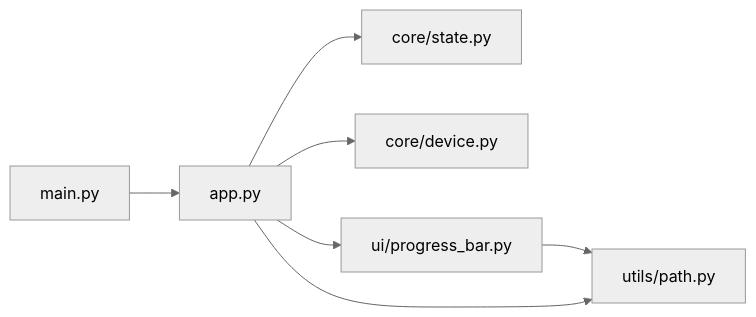
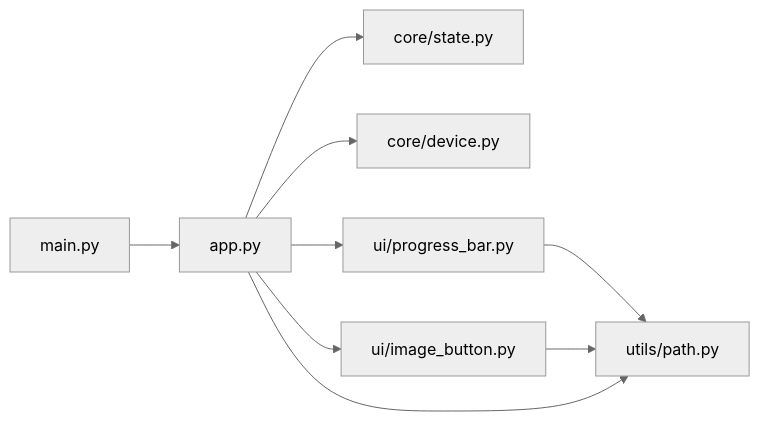
One commit to Hankun-P/wireless-keyboard-toy changed the eighth of 8 diagrams in .qoder/repowiki/zh/content/桌面应用架构/用户界面组件.md. Above: the diagram before and after it, drawn with Mermaid (neutral theme). The commit also changed other lines of this file and 10 other files, not shown here.

````diff
--- a/.qoder/repowiki/zh/content/桌面应用架构/用户界面组件.md
+++ b/.qoder/repowiki/zh/content/桌面应用架构/用户界面组件.md
@@ -305,9 +478,11 @@
 ```mermaid
 graph LR
 Main["main.py"] --> App["app.py"]
 App --> State["core/state.py"]
 App --> Device["core/device.py"]
 App --> PB["ui/progress_bar.py"]
+App --> IB["ui/image_button.py"]
 PB --> Path["utils/path.py"]
+IB --> Path
 App --> Path
 ```
````
